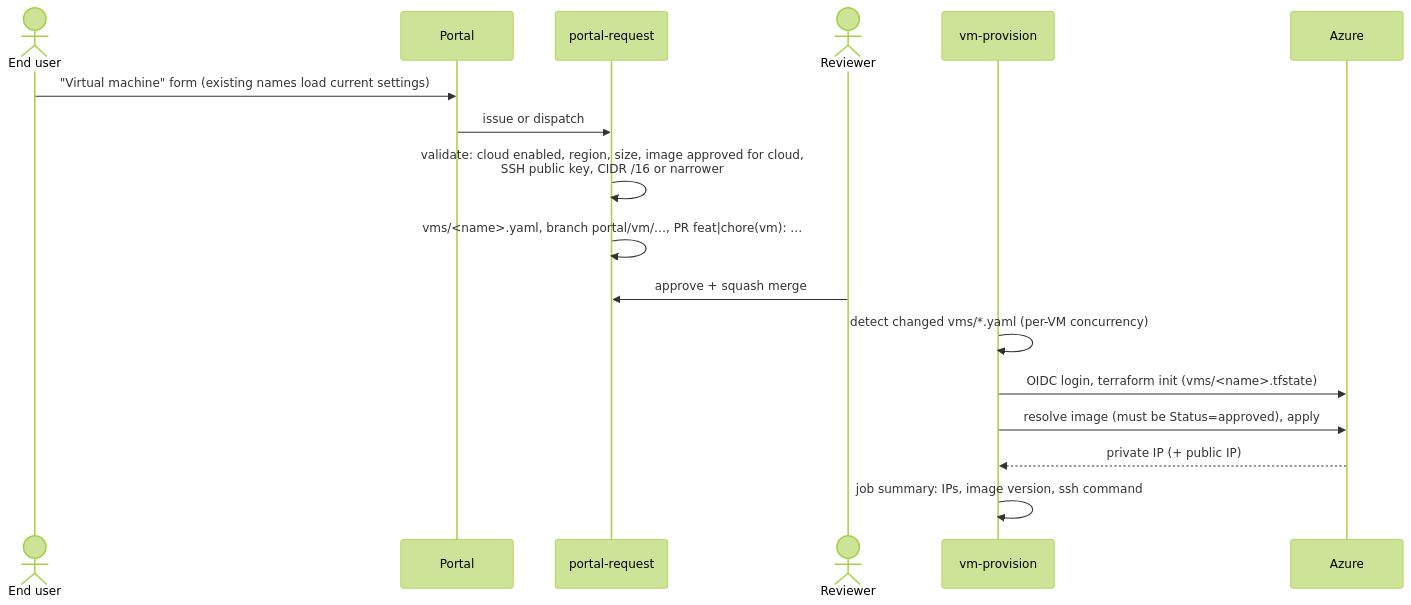
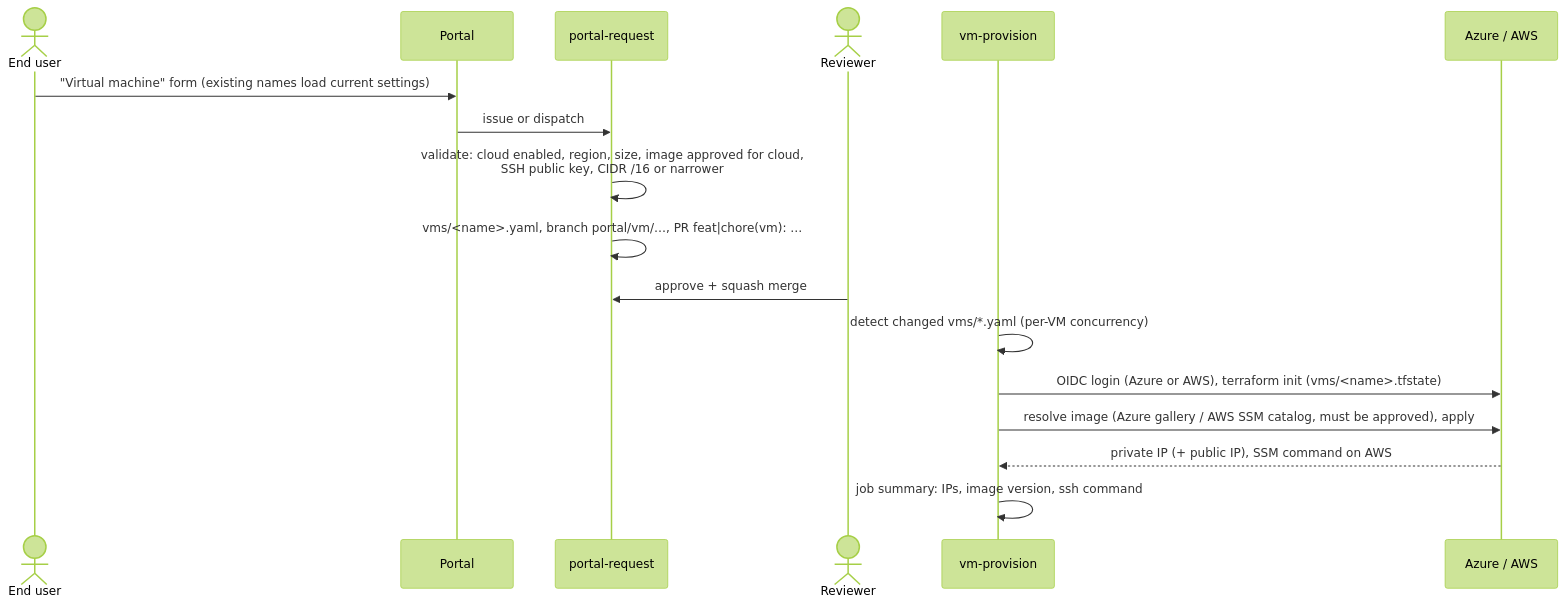
Before and after one commit to cloudwithritesh/image-factory: the fifth of 6 diagrams in docs/workflow.md, drawn with Mermaid (forest theme). The commit also changed other lines of this file and 44 other files, not shown here.

````diff
--- a/docs/workflow.md
+++ b/docs/workflow.md
@@ -142,20 +143,20 @@
 ```mermaid
 sequenceDiagram
   actor U as End user
   participant P as Portal
   participant RQ as portal-request
   actor RV as Reviewer
   participant VP as vm-provision
-  participant AZ as Azure
+  participant AZ as Azure / AWS
 
   U->>P: "Virtual machine" form (existing names load current settings)
   P->>RQ: issue or dispatch
   RQ->>RQ: validate: cloud enabled, region, size, image approved for cloud,<br/>SSH public key, CIDR /16 or narrower
   RQ->>RQ: vms/<name>.yaml, branch portal/vm/…, PR feat|chore(vm): …
   RV->>RQ: approve + squash merge
   VP->>VP: detect changed vms/*.yaml (per-VM concurrency)
-  VP->>AZ: OIDC login, terraform init (vms/<name>.tfstate)
-  VP->>AZ: resolve image (must be Status=approved), apply
-  AZ-->>VP: private IP (+ public IP)
+  VP->>AZ: OIDC login (Azure or AWS), terraform init (vms/<name>.tfstate)
+  VP->>AZ: resolve image (Azure gallery / AWS SSM catalog, must be approved), apply
+  AZ-->>VP: private IP (+ public IP), SSM command on AWS
   VP->>VP: job summary: IPs, image version, ssh command
 ```
````
